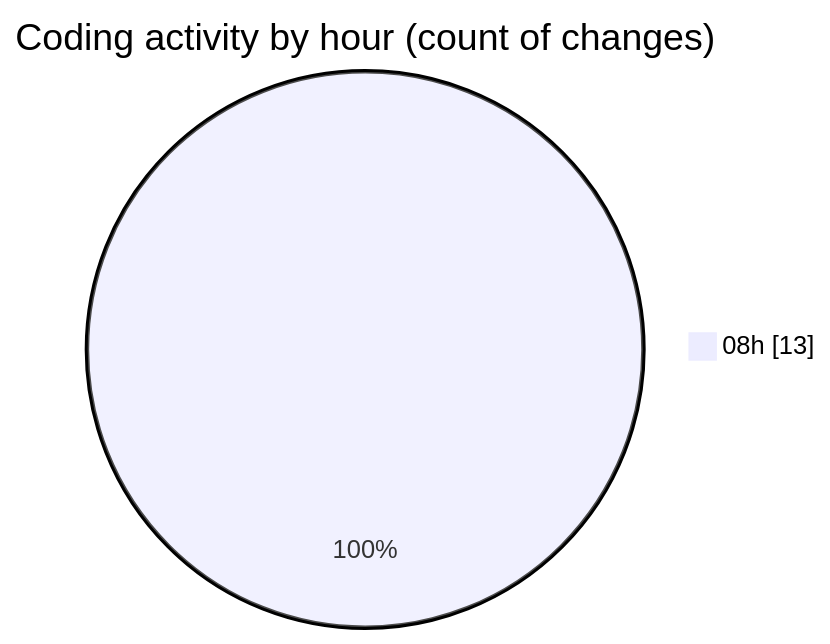
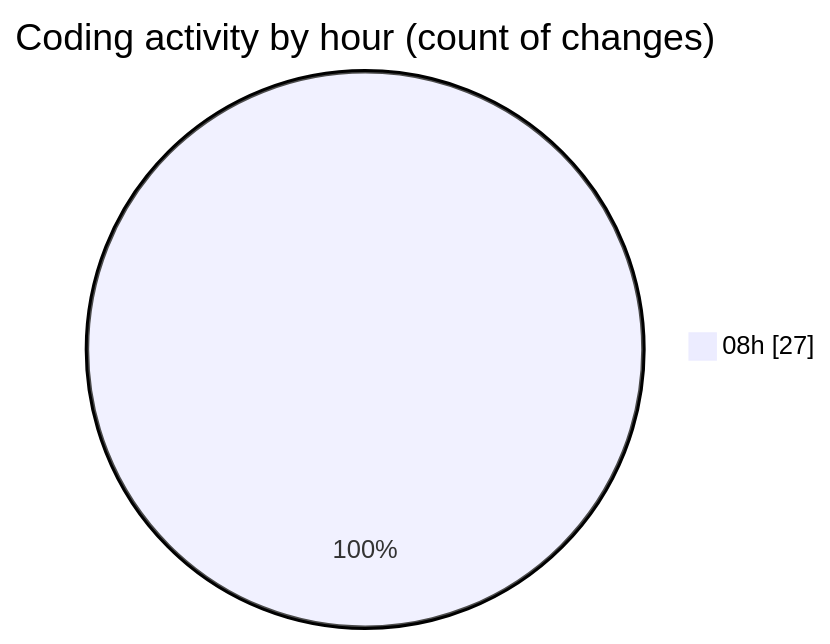
The second of 2 diagrams in 2025-01-03/nextjs-webllm/README.md (ernivani/code-tracking), drawn with Mermaid before and after one commit. The commit also changed other lines of this file and 5 other files, not shown here.

````diff
--- a/2025-01-03/nextjs-webllm/README.md
+++ b/2025-01-03/nextjs-webllm/README.md
@@ -37,5 +43,5 @@
 ```mermaid
 pie showData
 title Coding activity by hour (count of changes)
-"08h" : 13
+"08h" : 27
 ```
````
